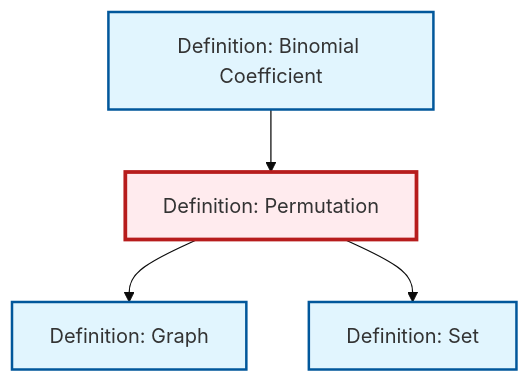
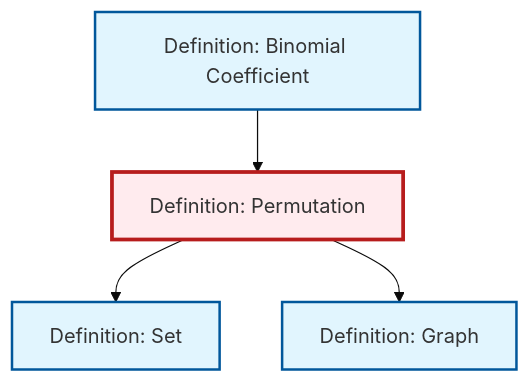
Before and after one commit to RK0429/ModernMath: the diagram in content/en/combinatorics/def-permutation.qmd, drawn with Mermaid (base theme). The commit also changed other lines of this file and 360 other files, not shown here.

````diff
--- a/content/en/combinatorics/def-permutation.qmd
+++ b/content/en/combinatorics/def-permutation.qmd
@@ -52,20 +52,20 @@
 ```{mermaid}
 %%| fig-cap: "Local dependency graph"
 graph TD
     classDef definition fill:#e1f5fe,stroke:#01579b,stroke-width:2px
     classDef theorem fill:#f3e5f5,stroke:#4a148c,stroke-width:2px
     classDef axiom fill:#fff3e0,stroke:#e65100,stroke-width:2px
     classDef example fill:#e8f5e9,stroke:#1b5e20,stroke-width:2px
     classDef current fill:#ffebee,stroke:#b71c1c,stroke-width:3px
     def-set["Definition: Set"]:::definition
     def-permutation["Definition: Permutation"]:::definition
+    def-binomial-coefficient["Definition: Binomial Coefficient"]:::definition
     def-graph["Definition: Graph"]:::definition
-    def-binomial-coefficient["Definition: Binomial Coefficient"]:::definition
+    def-permutation --> def-set
+    def-permutation --> def-graph
     def-binomial-coefficient --> def-permutation
-    def-permutation --> def-graph
-    def-permutation --> def-set
     class def-permutation current
     click def-set "def-set.html" "Go to Set definition"
+    click def-binomial-coefficient "def-binomial-coefficient.html" "Go to Binomial Coefficient definition"
     click def-graph "def-graph.html" "Go to Graph definition"
-    click def-binomial-coefficient "def-binomial-coefficient.html" "Go to Binomial Coefficient definition"
 ```
````
